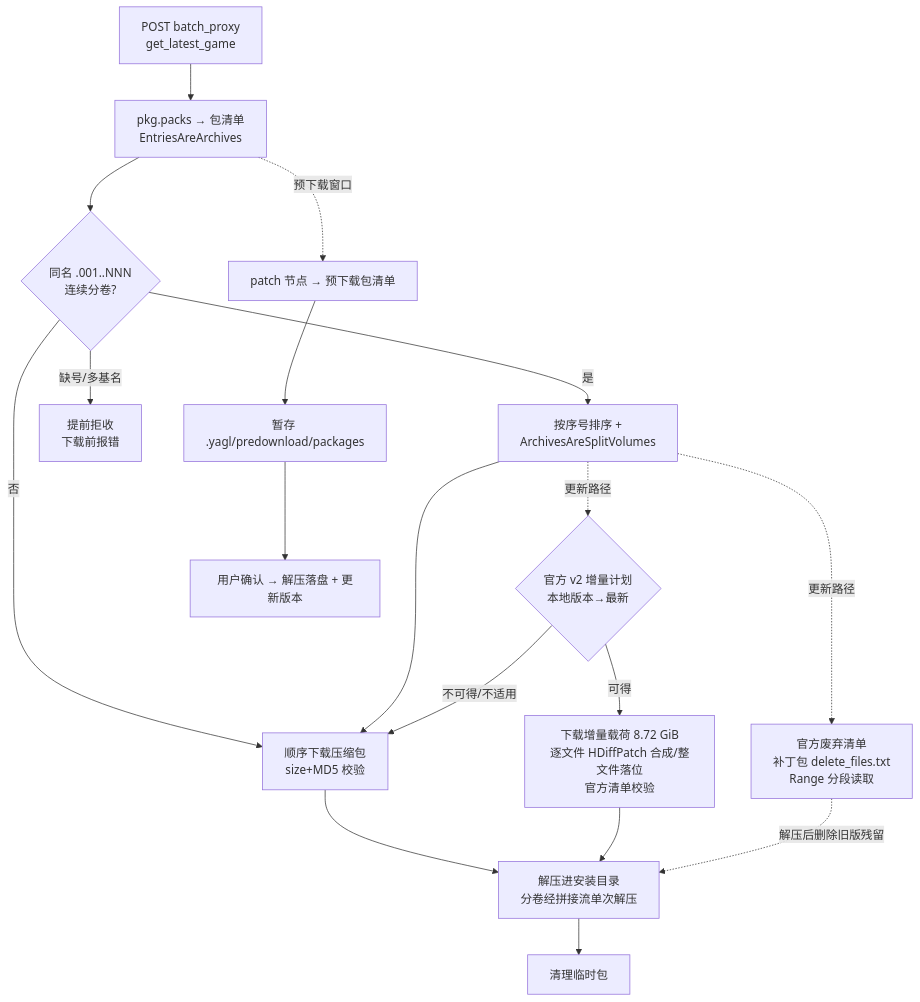
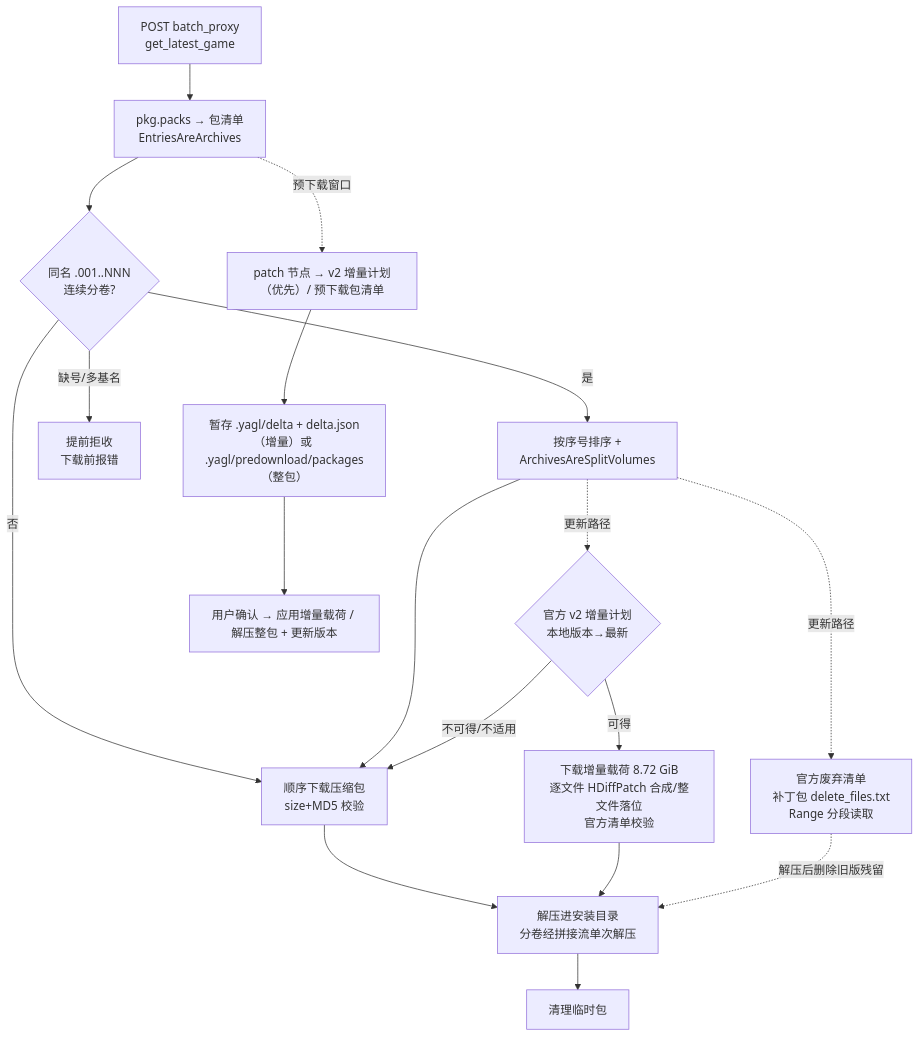
One commit to AngelBeats-Kanade/YetAnotherGameLauncher changed the fifth of 7 diagrams in docs/ARCHITECTURE.md. Above: the diagram before and after it, drawn with Mermaid. The commit also changed other lines of this file and 51 other files, not shown here.

````diff
--- a/docs/ARCHITECTURE.md
+++ b/docs/ARCHITECTURE.md
@@ -290,20 +293,20 @@
 ```mermaid
 flowchart TD
     A[POST batch_proxy<br/>get_latest_game] --> B[pkg.packs → 包清单<br/>EntriesAreArchives]
     B --> B1{同名 .001..NNN<br/>连续分卷?}
     B1 -- 是 --> B2[按序号排序 +<br/>ArchivesAreSplitVolumes]
     B1 -- 否 --> C
     B2 --> C[顺序下载压缩包<br/>size+MD5 校验]
     C --> D[解压进安装目录<br/>分卷经拼接流单次解压]
     D --> E[清理临时包]
     B1 -- 缺号/多基名 --> X[提前拒收<br/>下载前报错]
     B2 -.更新路径.-> P{官方 v2 增量计划<br/>本地版本→最新}
     P -- 可得 --> Q[下载增量载荷 8.72 GiB<br/>逐文件 HDiffPatch 合成/整文件落位<br/>官方清单校验]
     P -- 不可得/不适用 --> C
     Q --> D
     B2 -.更新路径.-> K[官方废弃清单<br/>补丁包 delete_files.txt<br/>Range 分段读取]
     K -.解压后删除旧版残留.-> D
-    B -.预下载窗口.-> F[patch 节点 → 预下载包清单]
-    F --> G[暂存 .yagl/predownload/packages]
-    G --> H[用户确认 → 解压落盘 + 更新版本]
+    B -.预下载窗口.-> F[patch 节点 → v2 增量计划（优先）/ 预下载包清单]
+    F --> G[暂存 .yagl/delta + delta.json（增量）或 .yagl/predownload/packages（整包）]
+    G --> H[用户确认 → 应用增量载荷 / 解压整包 + 更新版本]
 ```
````
